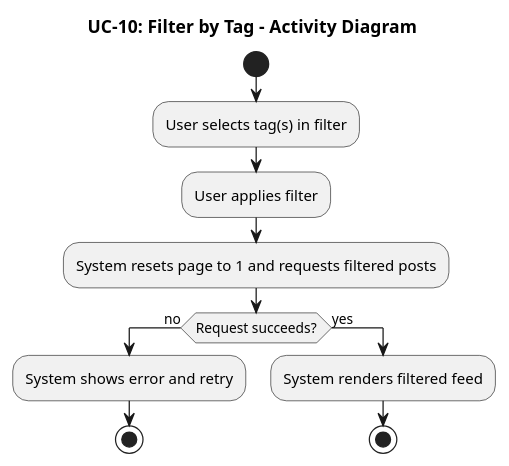
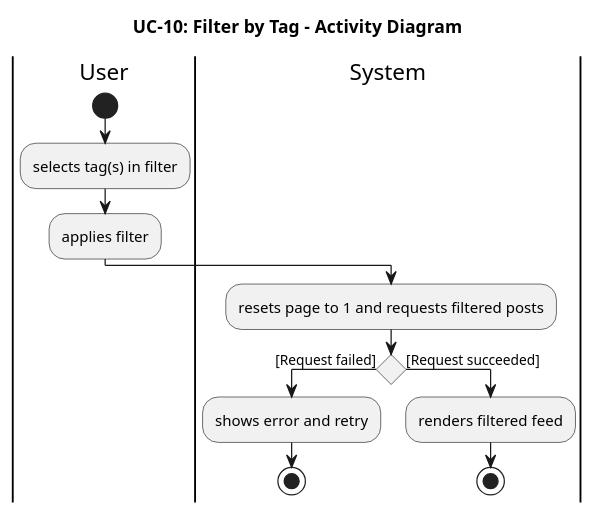
Diagram 12 of 27 in springboot-backend/BridgeU-SRS.md (pzyllll/BridgeU), drawn with PlantUML before and after one commit. The commit also changed other lines of this file and 5 other files, not shown here.

````diff
--- a/springboot-backend/BridgeU-SRS.md
+++ b/springboot-backend/BridgeU-SRS.md
@@ -1666,17 +1815,21 @@
 ```plantuml
 @startuml UC10_Activity_Diagram
 title UC-10: Filter by Tag - Activity Diagram
 
+|User|
 start
-:User selects tag(s) in filter;
-:User applies filter;
-:System resets page to 1 and requests filtered posts;
-if (Request succeeds?) then (no)
-  :System shows error and retry;
+:selects tag(s) in filter;
+:applies filter;
+
+|System|
+:resets page to 1 and requests filtered posts;
+
+if () then ([Request failed])
+  :shows error and retry;
   stop
-else (yes)
-  :System renders filtered feed;
+else ([Request succeeded])
+  :renders filtered feed;
   stop
 endif
 @enduml
 ```
````
